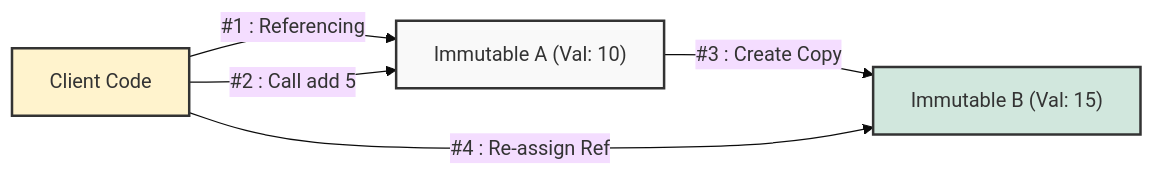
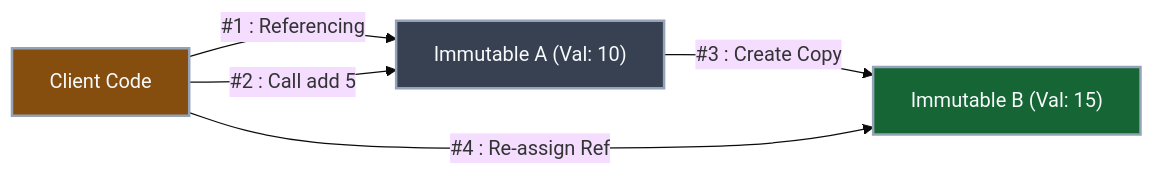
One commit to Kang-Hyesung/kang-hyesung.github.io changed the diagram in _posts/java/09-불변_객체와_String_클래스/2026-01-22-불변-객체의-특성.md. Above: the diagram before and after it, drawn with Mermaid (base theme). The commit also changed 74 other files, not shown here.

Commit message:
docs: update post visibility and mermaid colors

````diff
--- a/_posts/java/09-불변_객체와_String_클래스/2026-01-22-불변-객체의-특성.md
+++ b/_posts/java/09-불변_객체와_String_클래스/2026-01-22-불변-객체의-특성.md
@@ -22,20 +22,20 @@
 ```mermaid
 flowchart LR
     User["Client Code"]
     Obj1["Immutable A (Val: 10)"]
     Obj2["Immutable B (Val: 15)"]
 
     %% 파서가 리스트로 오인하지 못하게 '1.' 대신 '#1' 사용
     User -- "#1 : Referencing" --> Obj1
     User -- "#2 : Call add 5" --> Obj1
     Obj1 -- "#3 : Create Copy" --> Obj2
     User -- "#4 : Re-assign Ref" --> Obj2
 
-    classDef client fill:#fff3cd,stroke:#333,stroke-width:2px
-    classDef oldObj fill:#f9f9f9,stroke:#333,stroke-width:2px
-    classDef newObj fill:#d1e7dd,stroke:#333,stroke-width:2px
+    classDef client fill:#854d0e,stroke:#94a3b8,stroke-width:2px,color:#f8fafc
+    classDef oldObj fill:#374151,stroke:#94a3b8,stroke-width:2px,color:#f8fafc
+    classDef newObj fill:#166534,stroke:#94a3b8,stroke-width:2px,color:#f8fafc
 
     class User client
     class Obj1 oldObj
     class Obj2 newObj
 ```
````
